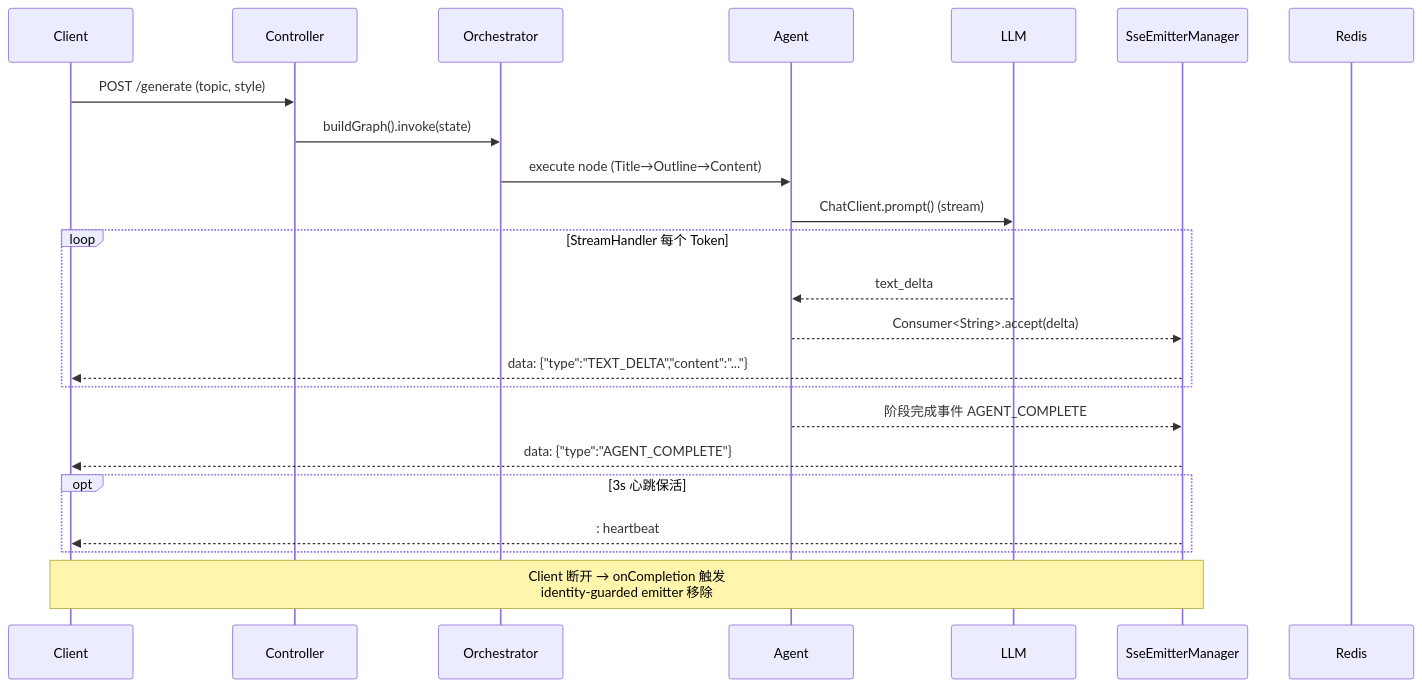
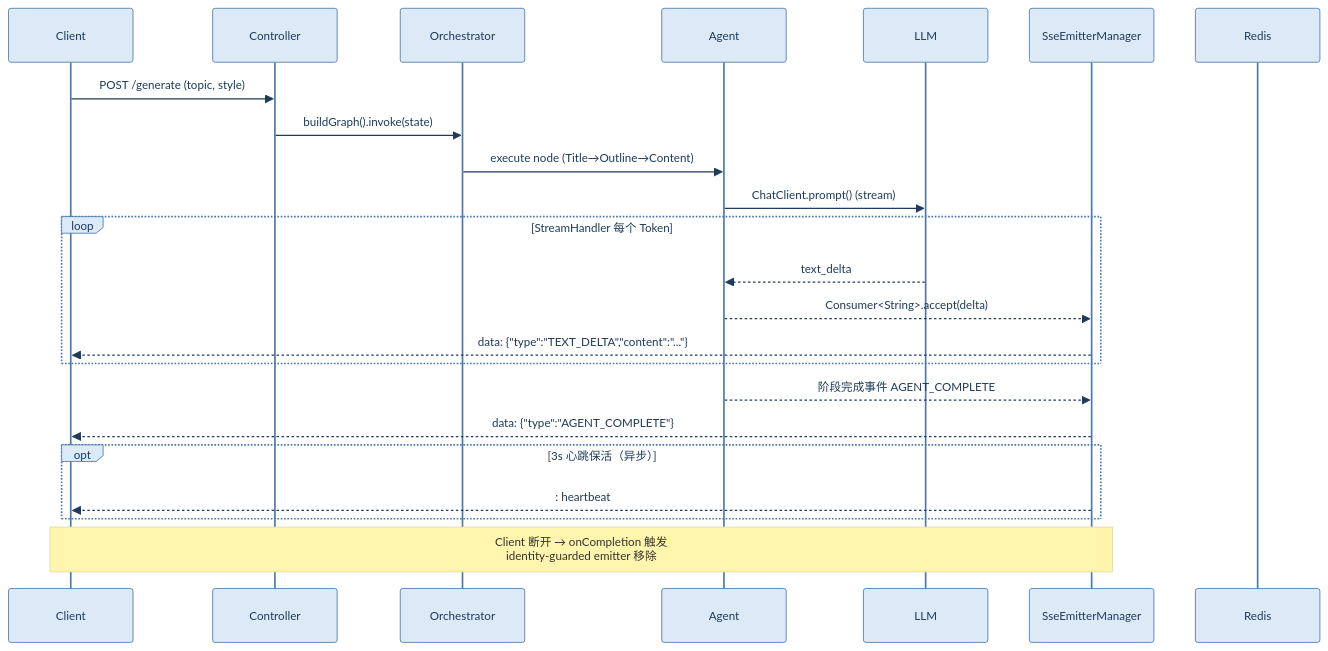
One commit to 1byteone/interview-note changed the second of 4 diagrams in 4-interview/projects/ai-passage-creator/项目速记卡.md. Above: the diagram before and after it, drawn with Mermaid. The commit also changed other lines of this file and 5 other files, not shown here.

First line of the commit message:
style(mermaid): 统一 Mermaid 专业样式体系与语义规范

````diff
--- a/4-interview/projects/ai-passage-creator/项目速记卡.md
+++ b/4-interview/projects/ai-passage-creator/项目速记卡.md
@@ -128,26 +147,27 @@
 ```mermaid
+%%{init: {"theme":"base","fontFamily":"Arial, Microsoft YaHei, sans-serif","fontSize":14,"themeVariables":{"fontFamily":"Arial, Microsoft YaHei, sans-serif","fontSize":"14px","primaryColor":"#DCEAF7","primaryTextColor":"#1F3B5B","primaryBorderColor":"#4A78A8","lineColor":"#738096"}}}%%
 sequenceDiagram
     participant C as Client
     participant Ctrl as Controller
     participant Orch as Orchestrator
     participant Agent as Agent
     participant LLM as LLM
     participant SSE as SseEmitterManager
     participant Redis as Redis
 
     C->>Ctrl: POST /generate (topic, style)
     Ctrl->>Orch: buildGraph().invoke(state)
     Orch->>Agent: execute node (Title→Outline→Content)
     Agent->>LLM: ChatClient.prompt() (stream)
     loop StreamHandler 每个 Token
         LLM-->>Agent: text_delta
         Agent-->>SSE: Consumer<String>.accept(delta)
         SSE-->>C: data: {"type":"TEXT_DELTA","content":"..."}
     end
     Agent-->>SSE: 阶段完成事件 AGENT_COMPLETE
     SSE-->>C: data: {"type":"AGENT_COMPLETE"}
-    opt 3s 心跳保活
+    opt 3s 心跳保活（异步）
         SSE-->>C: : heartbeat
     end
     Note over C,SSE: Client 断开 → onCompletion 触发<br/>identity-guarded emitter 移除
 ```
````
